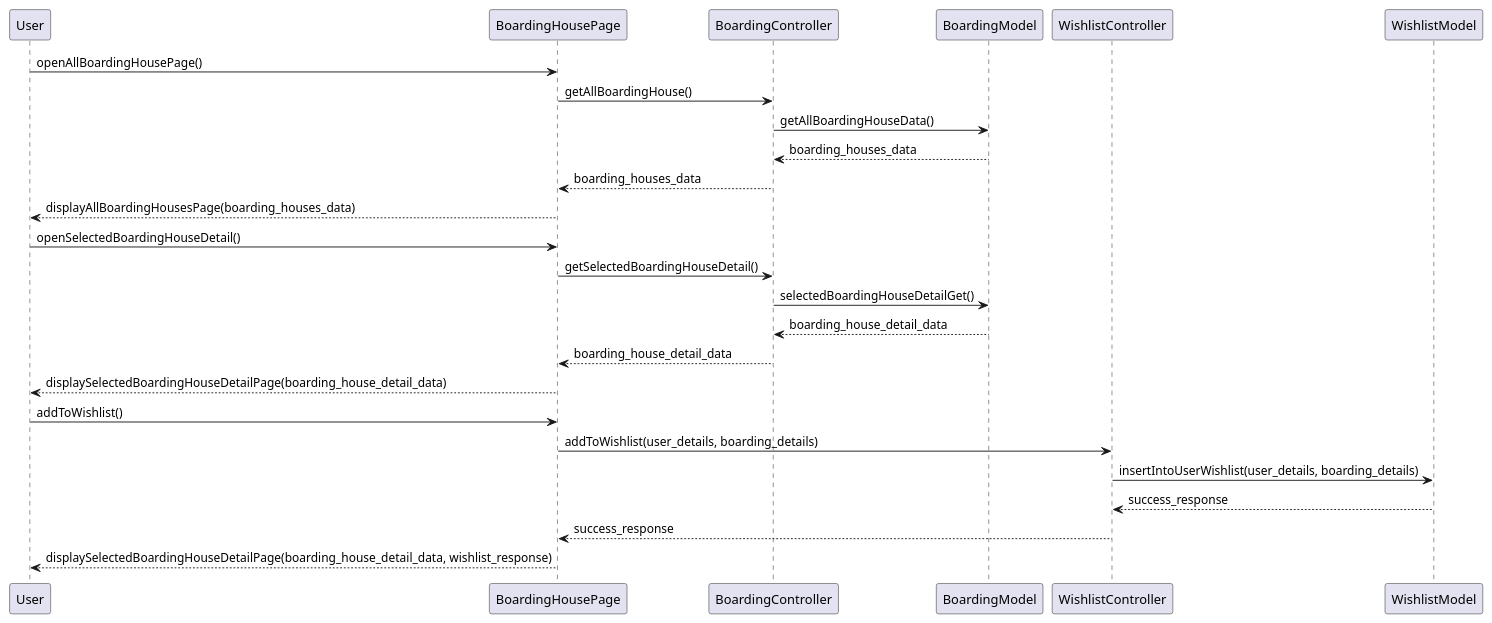
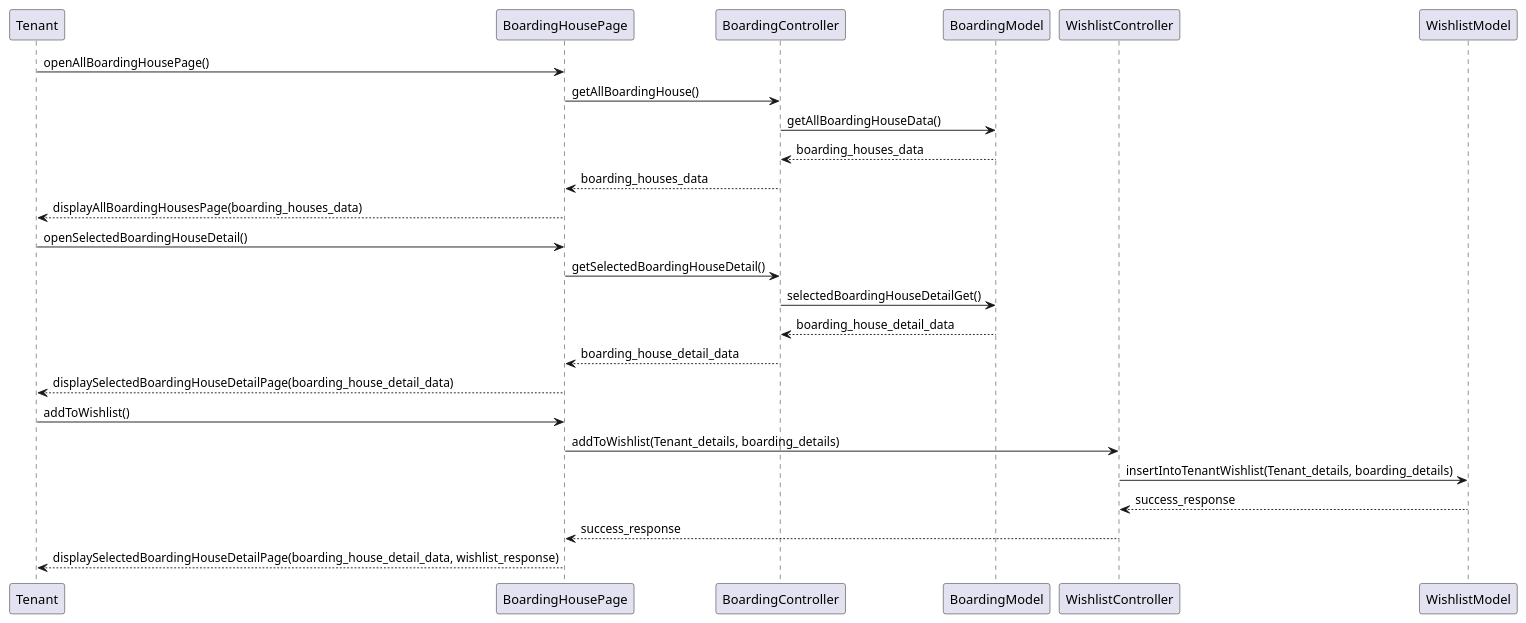
The diagram in Design/BHFMS_SEQUENCE/Add Wishlist.puml (AntWort21/BHFMS), drawn with PlantUML before and after one commit. The commit also changed 11 other files, not shown here.

Commit message:
adjusted all diagram's actor

```diff
--- a/Design/BHFMS_SEQUENCE/Add Wishlist.puml
+++ b/Design/BHFMS_SEQUENCE/Add Wishlist.puml
@@ -1,23 +1,23 @@
 @startuml
-User -> BoardingHousePage: openAllBoardingHousePage()
+Tenant -> BoardingHousePage: openAllBoardingHousePage()
 BoardingHousePage -> BoardingController: getAllBoardingHouse()
 BoardingController -> BoardingModel: getAllBoardingHouseData()
 BoardingController <-- BoardingModel: boarding_houses_data
 BoardingHousePage <-- BoardingController: boarding_houses_data
-User <-- BoardingHousePage: displayAllBoardingHousesPage(boarding_houses_data)
+Tenant <-- BoardingHousePage: displayAllBoardingHousesPage(boarding_houses_data)
 
-User -> BoardingHousePage: openSelectedBoardingHouseDetail()
+Tenant -> BoardingHousePage: openSelectedBoardingHouseDetail()
 BoardingHousePage -> BoardingController: getSelectedBoardingHouseDetail()
 BoardingController -> BoardingModel: selectedBoardingHouseDetailGet()
 BoardingController <-- BoardingModel: boarding_house_detail_data
 BoardingHousePage <-- BoardingController: boarding_house_detail_data
-User <-- BoardingHousePage: displaySelectedBoardingHouseDetailPage(boarding_house_detail_data)
+Tenant <-- BoardingHousePage: displaySelectedBoardingHouseDetailPage(boarding_house_detail_data)
 
-User -> BoardingHousePage: addToWishlist()
-BoardingHousePage -> WishlistController: addToWishlist(user_details, boarding_details)
-WishlistController -> WishlistModel: insertIntoUserWishlist(user_details, boarding_details)
+Tenant -> BoardingHousePage: addToWishlist()
+BoardingHousePage -> WishlistController: addToWishlist(Tenant_details, boarding_details)
+WishlistController -> WishlistModel: insertIntoTenantWishlist(Tenant_details, boarding_details)
 WishlistController <-- WishlistModel: success_response
 BoardingHousePage <-- WishlistController: success_response
-User <-- BoardingHousePage: displaySelectedBoardingHouseDetailPage(boarding_house_detail_data, wishlist_response)
+Tenant <-- BoardingHousePage: displaySelectedBoardingHouseDetailPage(boarding_house_detail_data, wishlist_response)
 
 @enduml
```
